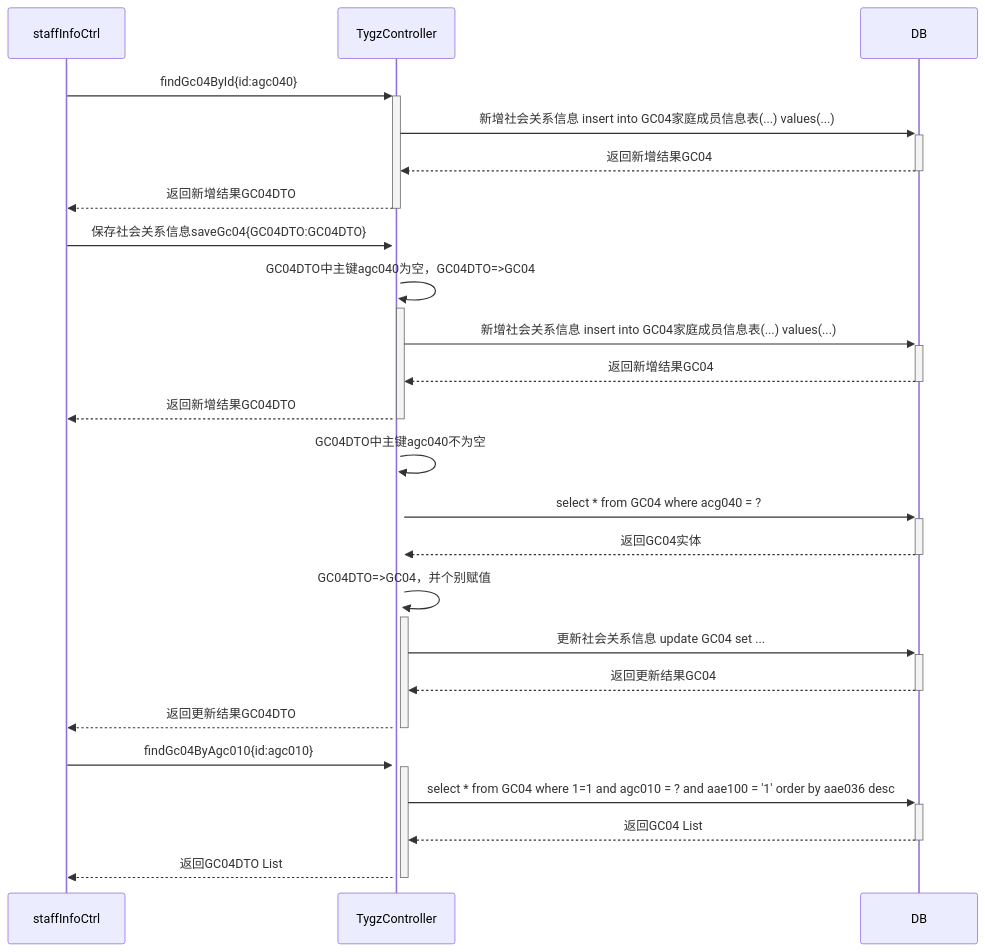
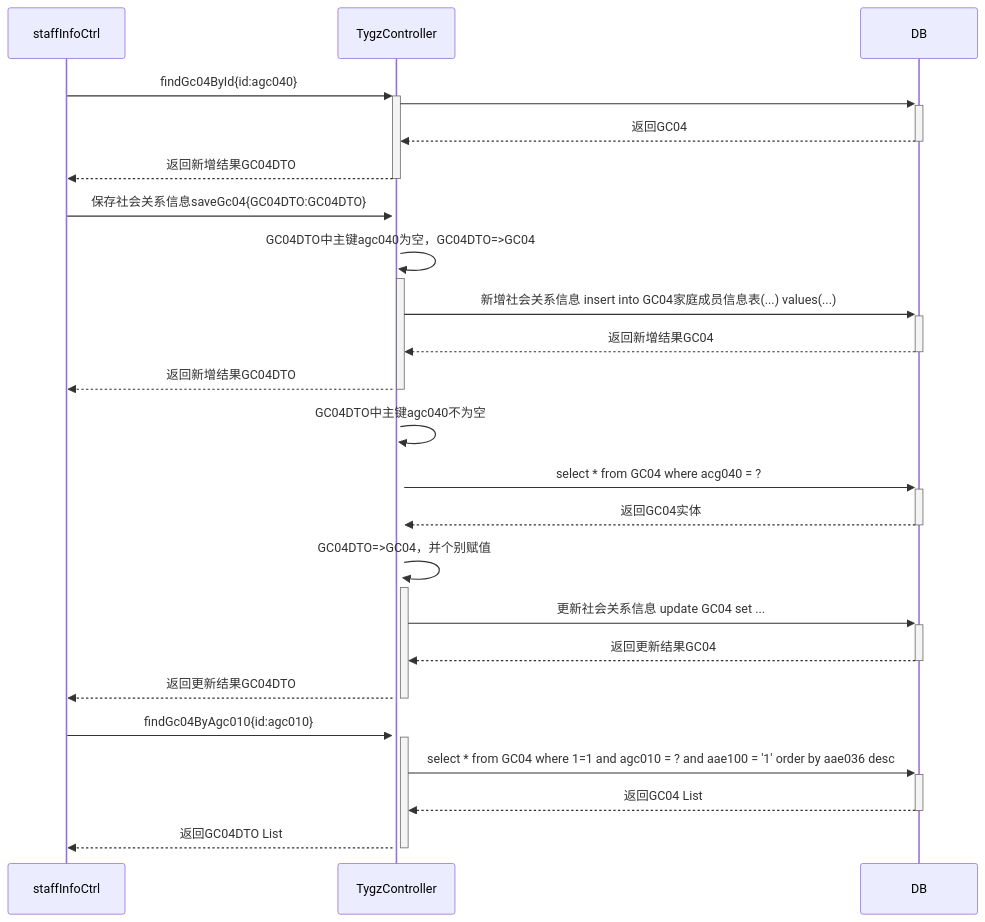
One commit to ZhangJianBeiJing/iodraw-files changed the diagram in all/未命名.md. Above: the diagram before and after it, drawn with Mermaid.

Commit message:
2025-03-25 17:39:38 update

````diff
--- a/all/未命名.md
+++ b/all/未命名.md
@@ -1,26 +1,25 @@
 ```mermaid
 sequenceDiagram
     staffInfoCtrl->>+TygzController:findGc04ById{id:agc040}
-
-    TygzController->>+DB:新增社会关系信息 insert into GC04家庭成员信息表(...) values(...)
-    DB-->>-TygzController:返回新增结果GC04
+    TygzController->>+DB:
+    DB-->>-TygzController:返回GC04
     TygzController-->>-staffInfoCtrl:返回新增结果GC04DTO
 
     staffInfoCtrl->>+TygzController:保存社会关系信息saveGc04{GC04DTO:GC04DTO}
     TygzController->>+TygzController:GC04DTO中主键agc040为空，GC04DTO=>GC04
     TygzController->>+DB:新增社会关系信息 insert into GC04家庭成员信息表(...) values(...)
     DB-->>-TygzController:返回新增结果GC04
     TygzController-->>-staffInfoCtrl:返回新增结果GC04DTO
     TygzController->>+TygzController:GC04DTO中主键agc040不为空
     TygzController->>+DB:select * from GC04 where acg040 = ?
     DB-->>-TygzController:返回GC04实体
     TygzController->>+TygzController:GC04DTO=>GC04，并个别赋值
     TygzController->>+DB:更新社会关系信息 update GC04 set ...
     DB-->>-TygzController:返回更新结果GC04
     TygzController-->>-staffInfoCtrl:返回更新结果GC04DTO
 
     staffInfoCtrl->>+TygzController:findGc04ByAgc010{id:agc010}
     TygzController->>+DB:select * from GC04 where 1=1 and agc010 = ? and aae100 = '1' order by aae036 desc
     DB-->>-TygzController:返回GC04 List
     TygzController-->>-staffInfoCtrl:返回GC04DTO List
 ```
````
